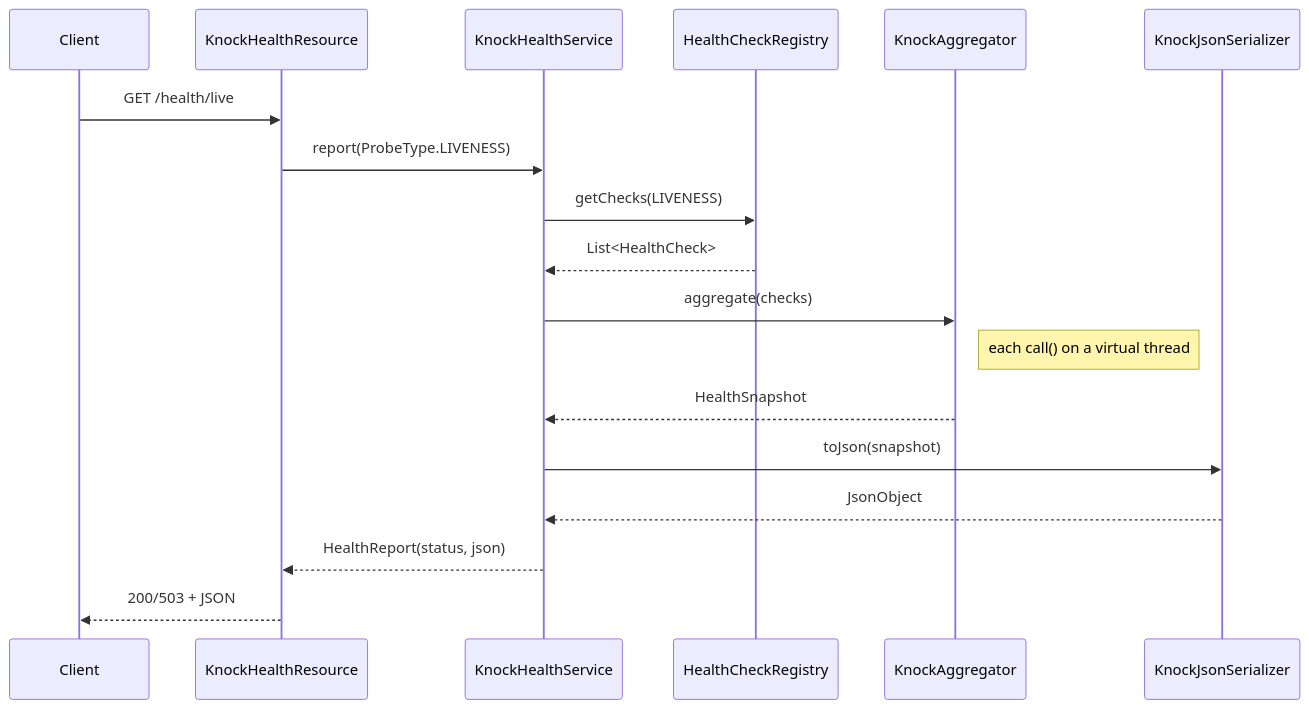
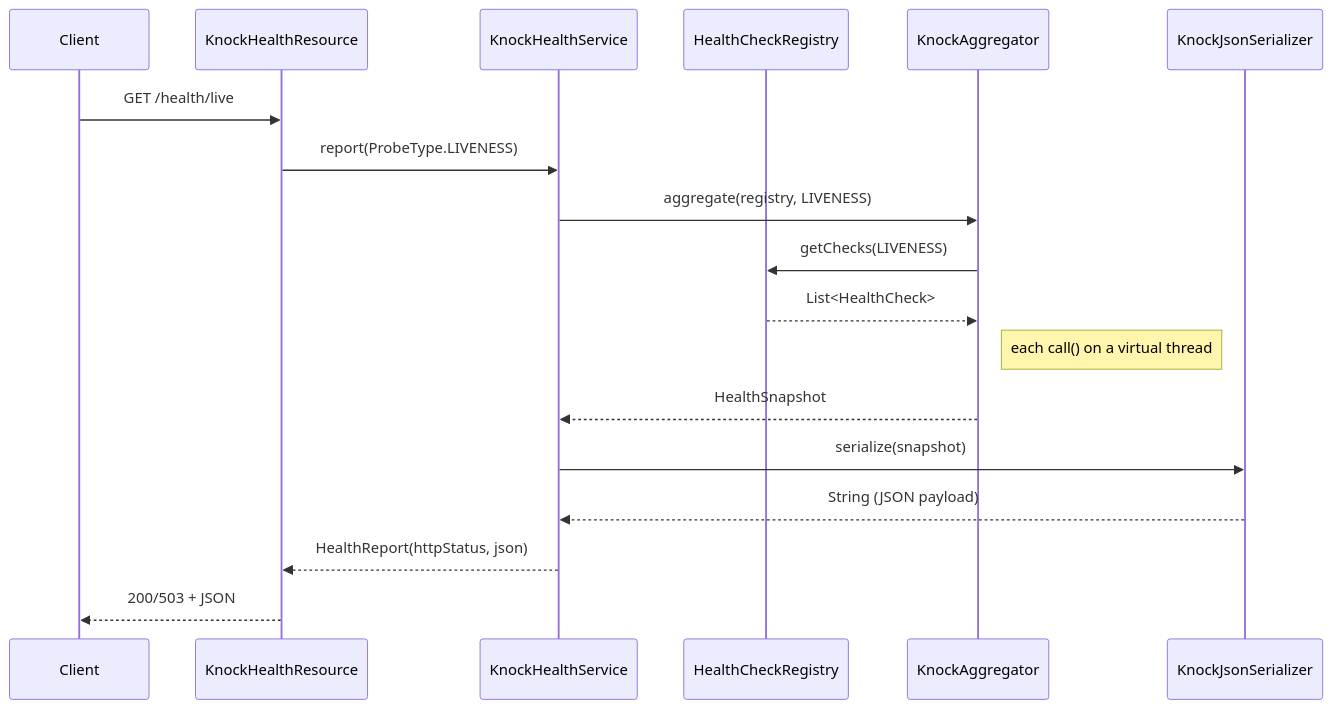
One commit to vidocq-stack/knock changed the diagram in docs/en/modules/ROOT/pages/internals.adoc. Above: the diagram before and after it, drawn with Mermaid. The commit also changed other lines of this file and 6 other files, not shown here.

```diff
--- a/docs/en/modules/ROOT/pages/internals.adoc
+++ b/docs/en/modules/ROOT/pages/internals.adoc
@@ -34,22 +34,22 @@
 [mermaid]
 ....
 sequenceDiagram
   participant Client
   participant REST as KnockHealthResource
   participant SVC as KnockHealthService
   participant REG as HealthCheckRegistry
   participant AGG as KnockAggregator
   participant SER as KnockJsonSerializer
 
   Client->>REST: GET /health/live
   REST->>SVC: report(ProbeType.LIVENESS)
-  SVC->>REG: getChecks(LIVENESS)
-  REG-->>SVC: List<HealthCheck>
-  SVC->>AGG: aggregate(checks)
+  SVC->>AGG: aggregate(registry, LIVENESS)
+  AGG->>REG: getChecks(LIVENESS)
+  REG-->>AGG: List<HealthCheck>
   Note right of AGG: each call() on a virtual thread
   AGG-->>SVC: HealthSnapshot
-  SVC->>SER: toJson(snapshot)
-  SER-->>SVC: JsonObject
-  SVC-->>REST: HealthReport(status, json)
+  SVC->>SER: serialize(snapshot)
+  SER-->>SVC: String (JSON payload)
+  SVC-->>REST: HealthReport(httpStatus, json)
   REST-->>Client: 200/503 + JSON
 ....
```
